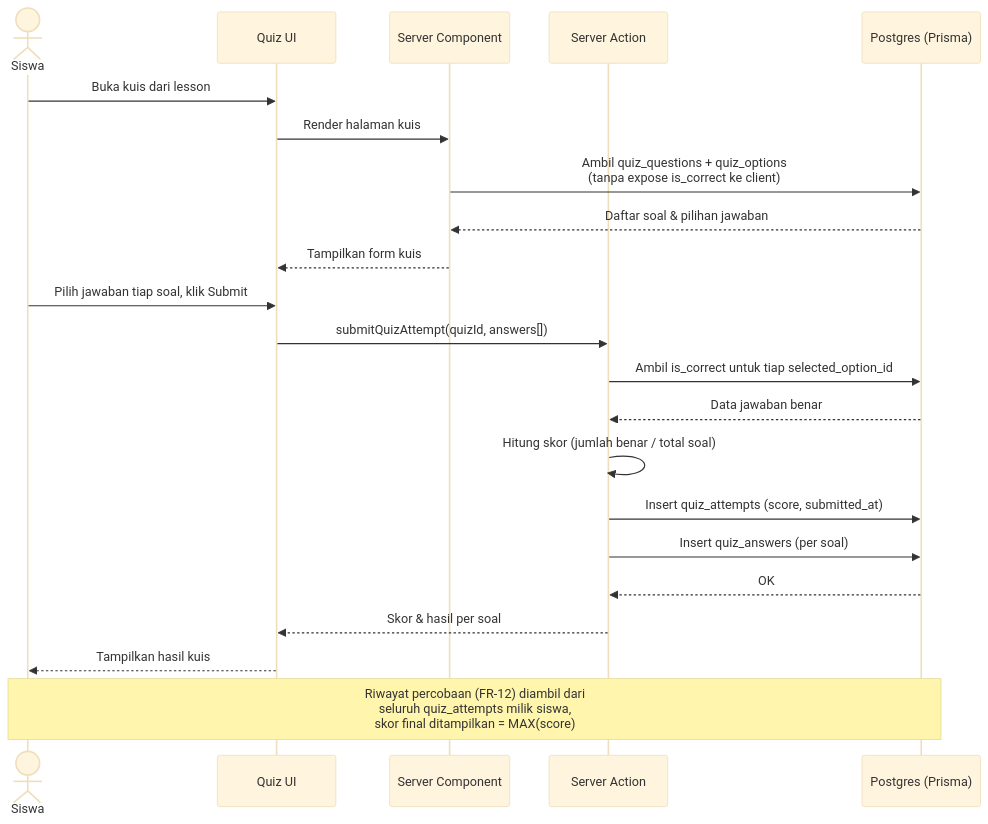
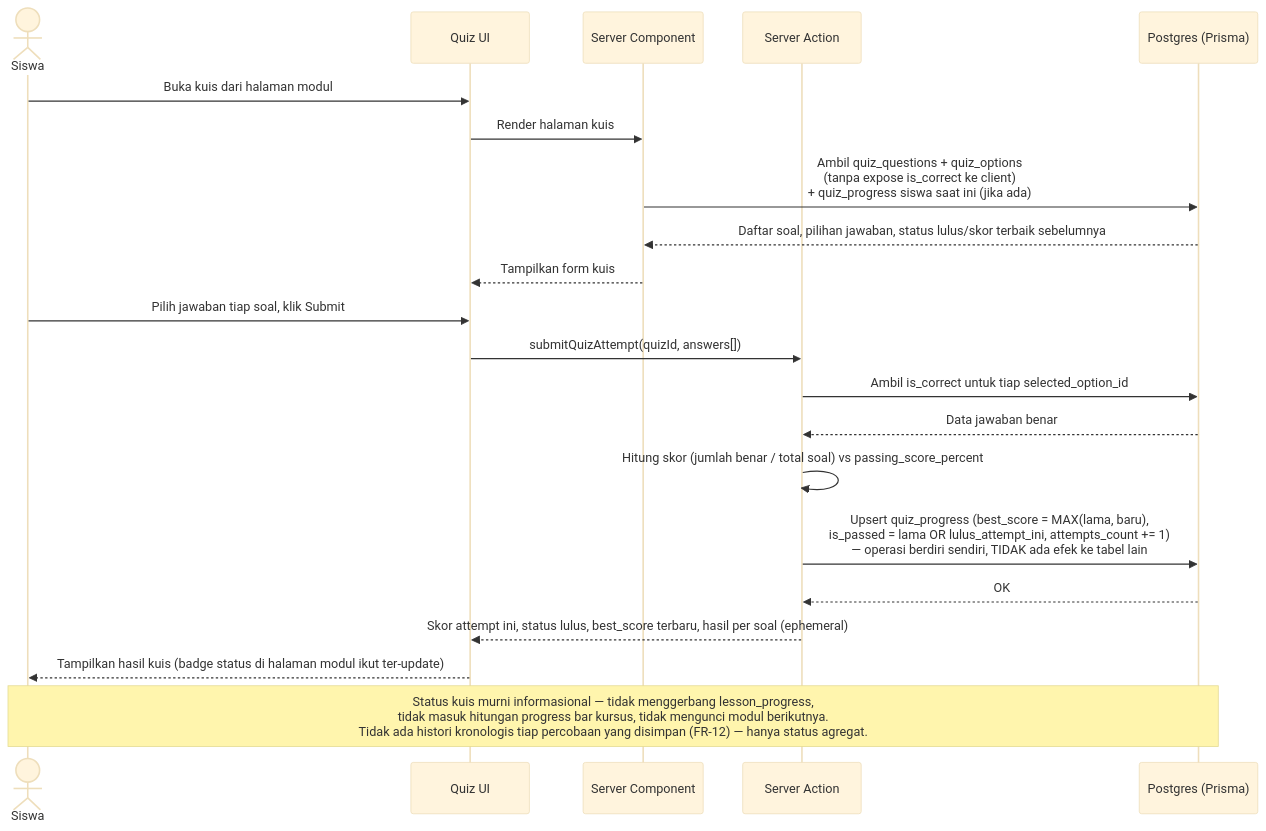
One commit to JasaTumbuhDigital/bimbel-lms changed the fifth of 5 diagrams in docs/SDD.md. Above: the diagram before and after it, drawn with Mermaid (base theme). The commit also changed other lines of this file and 5 other files, not shown here.

Commit message:
refactor: `/docs` simplify Quiz module to module-level post-test with aggregate progress tracking and non-blocking status

````diff
--- a/docs/SDD.md
+++ b/docs/SDD.md
@@ -480,27 +480,26 @@
 ```mermaid
 sequenceDiagram
     actor Siswa
     participant UI as Quiz UI
     participant SC as Server Component
     participant SA as Server Action
     participant DB as Postgres (Prisma)
 
-    Siswa->>UI: Buka kuis dari lesson
+    Siswa->>UI: Buka kuis dari halaman modul
     UI->>SC: Render halaman kuis
-    SC->>DB: Ambil quiz_questions + quiz_options<br/>(tanpa expose is_correct ke client)
-    DB-->>SC: Daftar soal & pilihan jawaban
+    SC->>DB: Ambil quiz_questions + quiz_options<br/>(tanpa expose is_correct ke client)<br/>+ quiz_progress siswa saat ini (jika ada)
+    DB-->>SC: Daftar soal, pilihan jawaban, status lulus/skor terbaik sebelumnya
     SC-->>UI: Tampilkan form kuis
 
     Siswa->>UI: Pilih jawaban tiap soal, klik Submit
     UI->>SA: submitQuizAttempt(quizId, answers[])
     SA->>DB: Ambil is_correct untuk tiap selected_option_id
     DB-->>SA: Data jawaban benar
-    SA->>SA: Hitung skor (jumlah benar / total soal)
-    SA->>DB: Insert quiz_attempts (score, submitted_at)
-    SA->>DB: Insert quiz_answers (per soal)
+    SA->>SA: Hitung skor (jumlah benar / total soal) vs passing_score_percent
+    SA->>DB: Upsert quiz_progress (best_score = MAX(lama, baru),<br/>is_passed = lama OR lulus_attempt_ini, attempts_count += 1)<br/>— operasi berdiri sendiri, TIDAK ada efek ke tabel lain
     DB-->>SA: OK
-    SA-->>UI: Skor & hasil per soal
-    UI-->>Siswa: Tampilkan hasil kuis
+    SA-->>UI: Skor attempt ini, status lulus, best_score terbaru, hasil per soal (ephemeral)
+    UI-->>Siswa: Tampilkan hasil kuis (badge status di halaman modul ikut ter-update)
 
-    Note over Siswa,DB: Riwayat percobaan (FR-12) diambil dari<br/>seluruh quiz_attempts milik siswa,<br/>skor final ditampilkan = MAX(score)
+    Note over Siswa,DB: Status kuis murni informasional — tidak menggerbang lesson_progress,<br/>tidak masuk hitungan progress bar kursus, tidak mengunci modul berikutnya.<br/>Tidak ada histori kronologis tiap percobaan yang disimpan (FR-12) — hanya status agregat.
 ```
````
